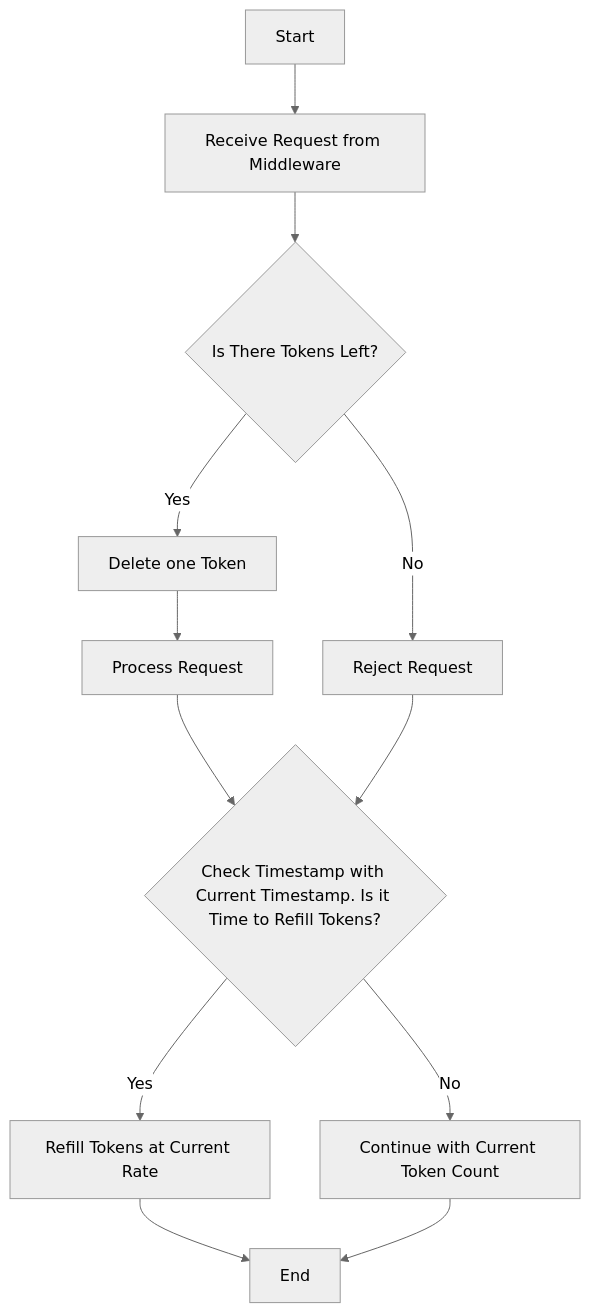
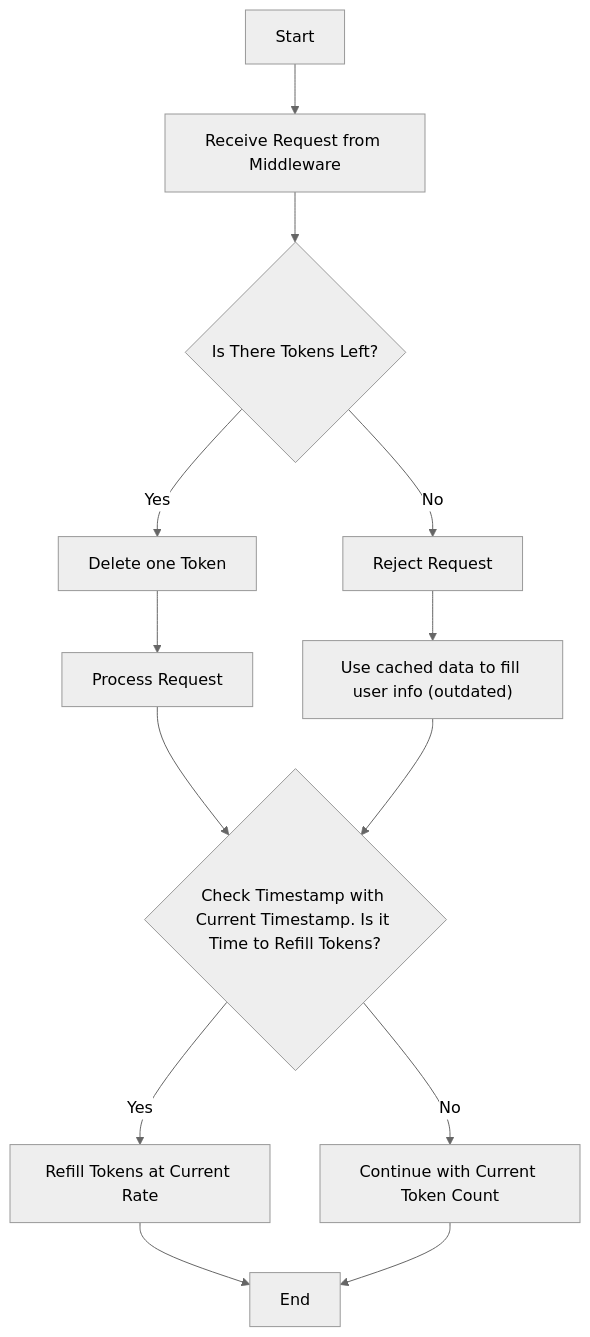
Before and after one commit to Hemit99123/dailysat-software-designs: the diagram in src/rate-limit.md, drawn with Mermaid (neutral theme).

````diff
--- a/src/rate-limit.md
+++ b/src/rate-limit.md
@@ -7,15 +7,16 @@
 ```mermaid
 flowchart 
     Start["Start"] --> ReceiveRequest["Receive Request from Middleware"]
     ReceiveRequest --> CheckTokenAvailability{"Is There Tokens Left?"}
     CheckTokenAvailability -- No --> RejectRequest["Reject Request"]
     CheckTokenAvailability -- Yes --> ConsumeToken["Delete one Token"]
     ConsumeToken --> ProcessRequest["Process Request"]
     ProcessRequest --> CheckRefill{"Check Timestamp with Current Timestamp. Is it Time to Refill Tokens?"}
-    RejectRequest --> CheckRefill
+    RejectRequest --> CachedData["Use cached data to fill user info (outdated)"]
+    CachedData --> CheckRefill
     CheckRefill -- Yes --> RefillTokens["Refill Tokens at Current Rate"]
     CheckRefill -- No --> ContinueWithCurrentTokens["Continue with Current Token Count"]
 
     RefillTokens --> End["End"]
     ContinueWithCurrentTokens --> End
 ```
````
